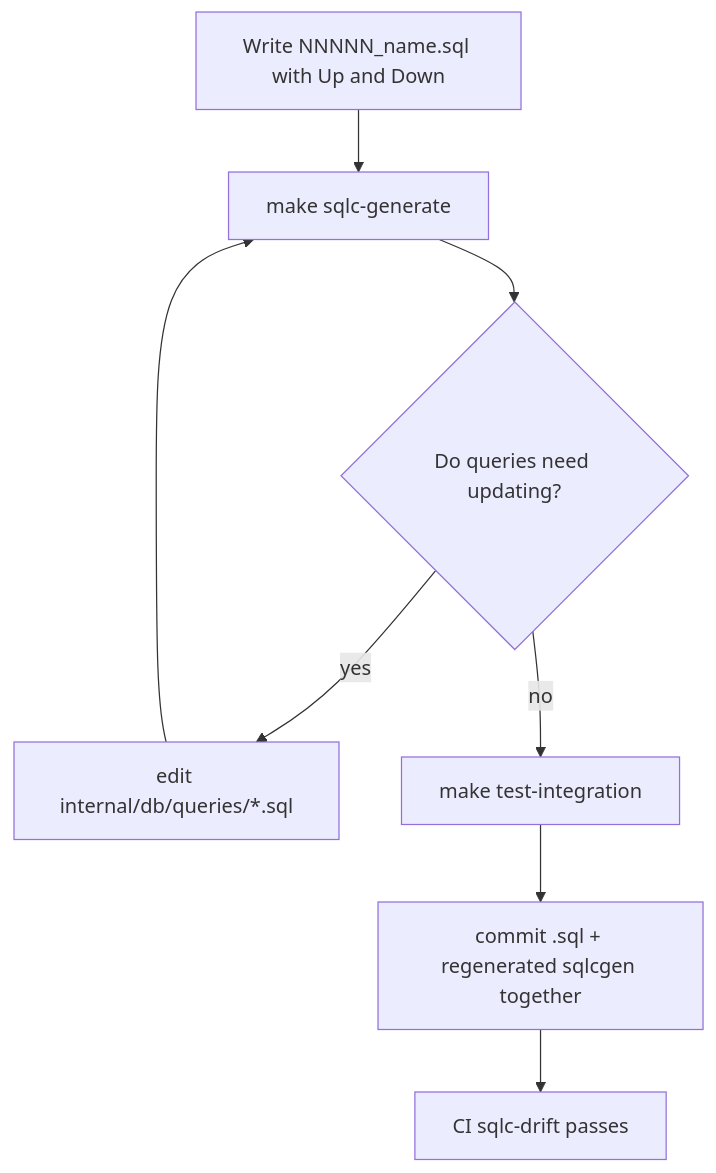
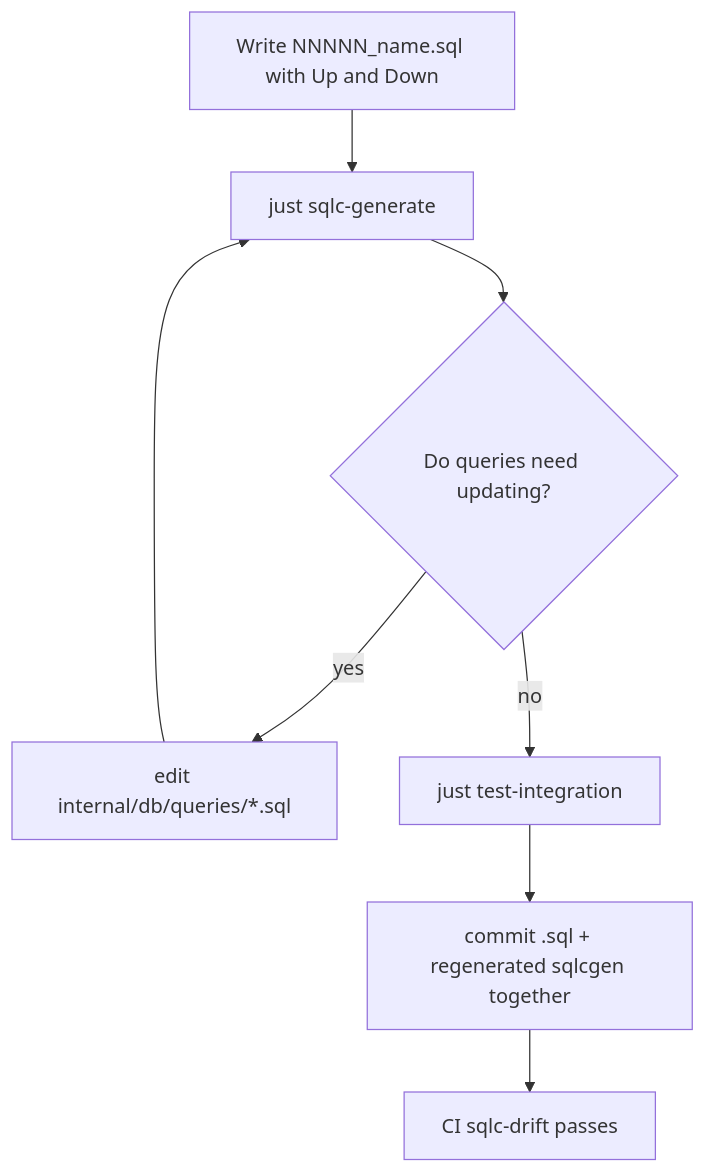
Before and after one commit to nonamecat19/job-finder: the second of 3 diagrams in docs/docs/data/migrations.md, drawn with Mermaid. The commit also changed other lines of this file and 26 other files, not shown here.

````diff
--- a/docs/docs/data/migrations.md
+++ b/docs/docs/data/migrations.md
@@ -77,10 +77,10 @@
 ```mermaid
 flowchart TD
-    A["Write NNNNN_name.sql with Up and Down"] --> B["make sqlc-generate"]
+    A["Write NNNNN_name.sql with Up and Down"] --> B["just sqlc-generate"]
     B --> C{"Do queries need updating?"}
     C -->|yes| D["edit internal/db/queries/*.sql"]
     D --> B
-    C -->|no| E["make test-integration"]
+    C -->|no| E["just test-integration"]
     E --> F["commit .sql + regenerated sqlcgen together"]
     F --> G["CI sqlc-drift passes"]
 ```
````
